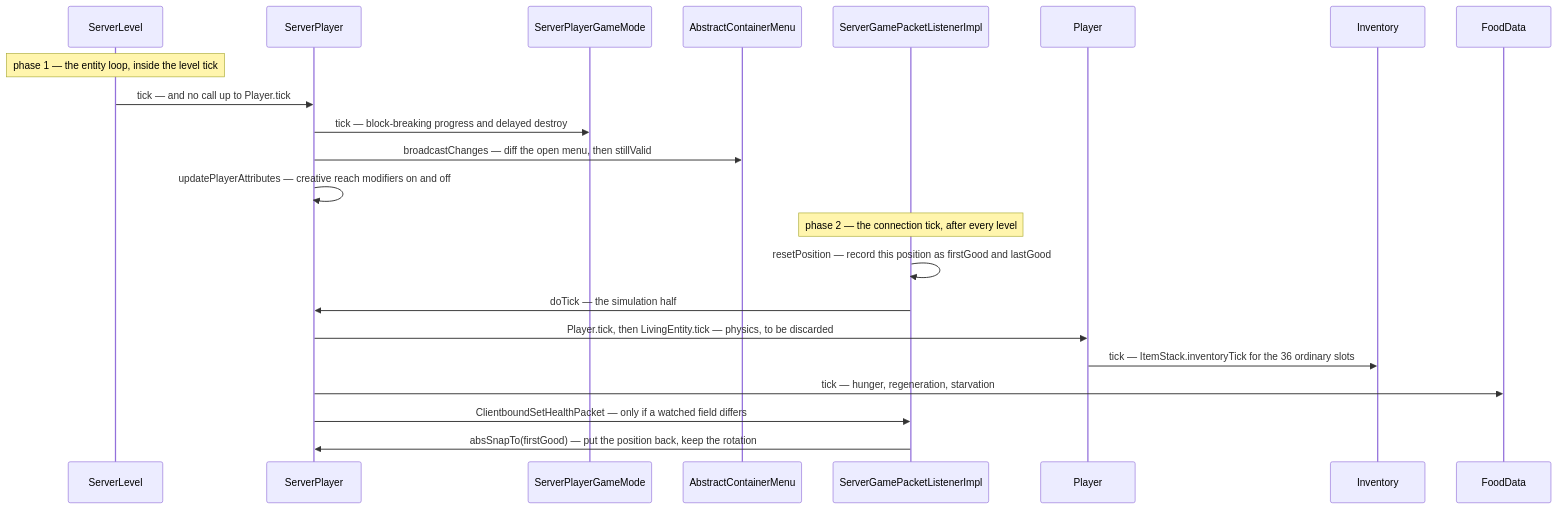
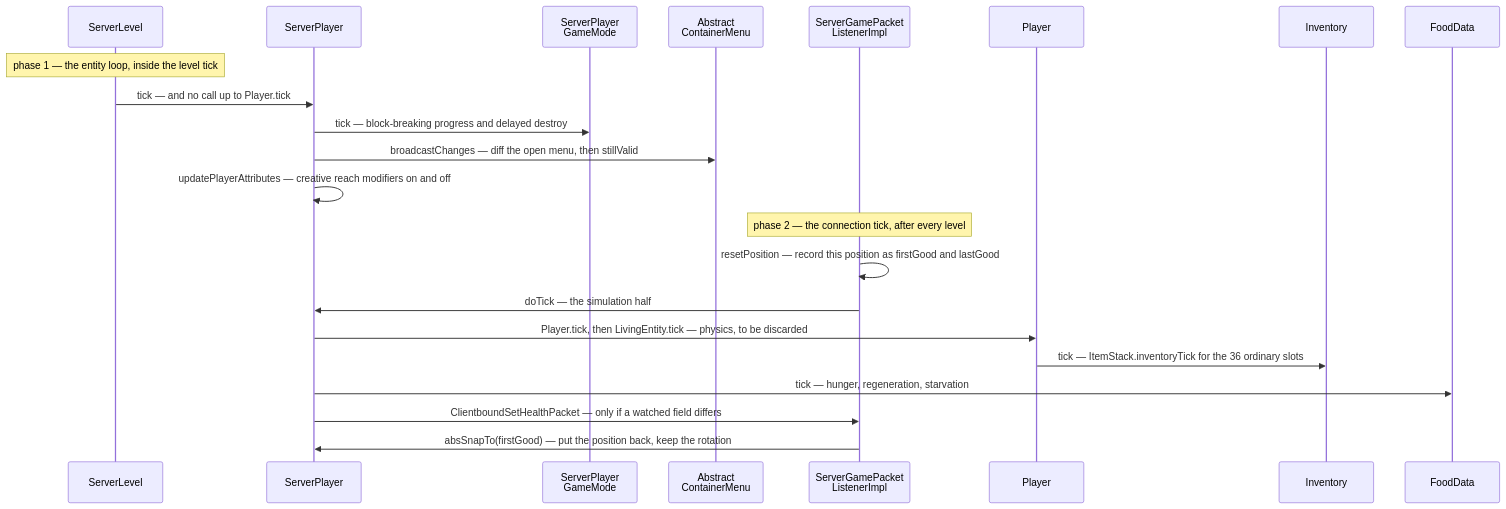
One commit to AlexanderjFraser/MinecraftDocs changed the diagram in src/systems/player/the-two-phase-tick.md. Above: the diagram before and after it, drawn with Mermaid. The commit also changed 68 other files, not shown here.

````diff
--- a/src/systems/player/the-two-phase-tick.md
+++ b/src/systems/player/the-two-phase-tick.md
@@ -95,26 +95,26 @@
 ```mermaid
 sequenceDiagram
     participant SL as ServerLevel
     participant SP as ServerPlayer
-    participant SPGM as ServerPlayerGameMode
-    participant ACM as AbstractContainerMenu
-    participant SGPL as ServerGamePacketListenerImpl
+    participant SPGM as ServerPlayer<br/>GameMode
+    participant ACM as Abstract<br/>ContainerMenu
+    participant SGPL as ServerGamePacket<br/>ListenerImpl
     participant Player as Player
     participant Inv as Inventory
     participant FD as FoodData
 
     Note over SL: phase 1 — the entity loop, inside the level tick
     SL->>SP: tick — and no call up to Player.tick
     SP->>SPGM: tick — block-breaking progress and delayed destroy
     SP->>ACM: broadcastChanges — diff the open menu, then stillValid
     SP->>SP: updatePlayerAttributes — creative reach modifiers on and off
 
     Note over SGPL: phase 2 — the connection tick, after every level
     SGPL->>SGPL: resetPosition — record this position as firstGood and lastGood
     SGPL->>SP: doTick — the simulation half
     SP->>Player: Player.tick, then LivingEntity.tick — physics, to be discarded
     Player->>Inv: tick — ItemStack.inventoryTick for the 36 ordinary slots
     SP->>FD: tick — hunger, regeneration, starvation
     SP->>SGPL: ClientboundSetHealthPacket — only if a watched field differs
     SGPL->>SP: absSnapTo(firstGood) — put the position back, keep the rotation
 ```
````
